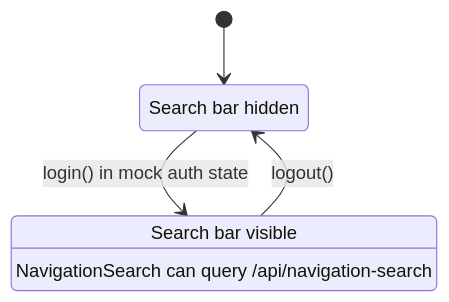
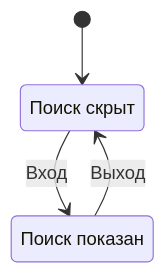
Before and after one commit to GockMock/MOSPOLI_LMS: diagram 11 of 12 in docs/ai-navigation-architecture.md, drawn with Mermaid. The commit also changed other lines of this file, not shown here.

Commit message:
Simplify Mermaid architecture docs in Russian

````diff
--- a/docs/ai-navigation-architecture.md
+++ b/docs/ai-navigation-architecture.md
@@ -298,10 +192,8 @@
 ```mermaid
 stateDiagram-v2
     [*] --> Guest
-    Guest --> Authenticated: login() in mock auth state
-    Authenticated --> Guest: logout()
-
-    Guest: Search bar hidden
-    Authenticated: Search bar visible
-    Authenticated: NavigationSearch can query /api/navigation-search
+    Guest --> Authenticated: Вход
+    Authenticated --> Guest: Выход
+    Guest: Поиск скрыт
+    Authenticated: Поиск показан
 ```
````
